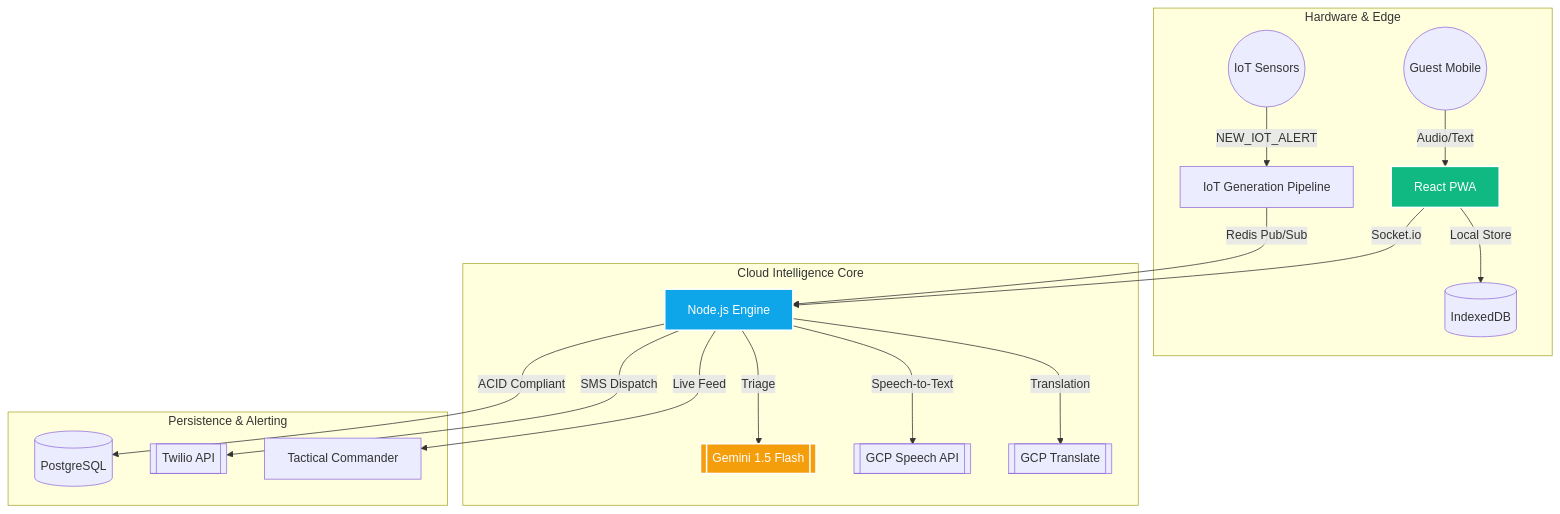
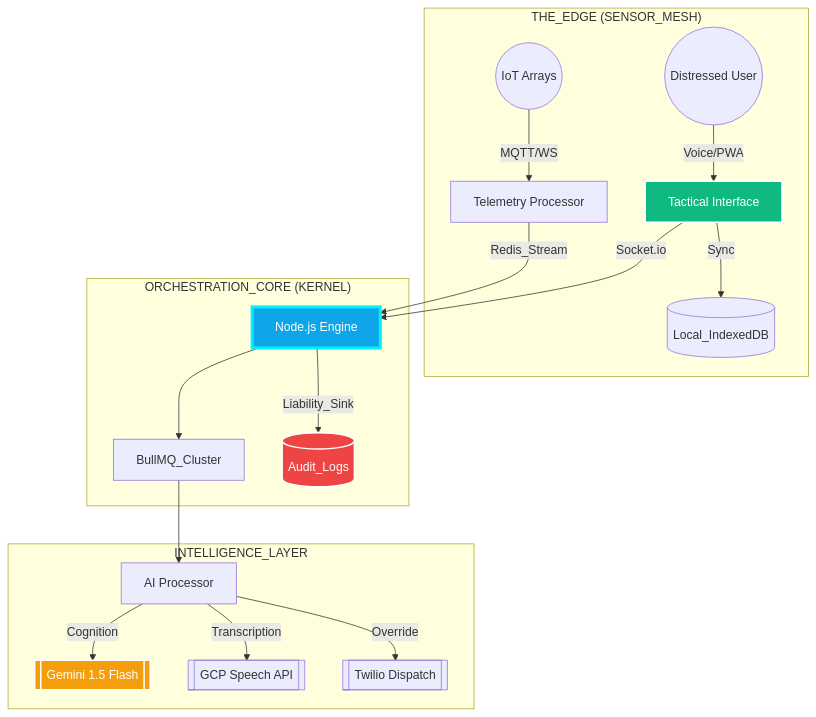
One commit to Praveen-kumar625/Rapid-Crisis-Response changed the diagram in README.md. Above: the diagram before and after it, drawn with Mermaid. The commit also changed other lines of this file, not shown here.

````diff
--- a/README.md
+++ b/README.md
@@ -51,26 +53,27 @@
 ```mermaid
 graph TD
-    subgraph "Hardware & Edge"
-        Sensors((IoT Sensors)) -- "NEW_IOT_ALERT" --> Worker[IoT Generation Pipeline]
-        Guest((Guest Mobile)) -- "Audio/Text" --> PWA[React PWA]
-        PWA -- "Local Store" --> IDB[(IndexedDB)]
+    subgraph "THE_EDGE (SENSOR_MESH)"
+        Sensors((IoT Arrays)) -- "MQTT/WS" --> Worker[Telemetry Processor]
+        Guest((Distressed User)) -- "Voice/PWA" --> HUD[Tactical Interface]
+        HUD -- "Sync" --> IDB[(Local_IndexedDB)]
     end
 
-    subgraph "Cloud Intelligence Core"
-        PWA -- "Socket.io" --> Server[Node.js Engine]
-        Worker -- "Redis Pub/Sub" --> Server
-        Server -- "Triage" --> Gemini[[Gemini 1.5 Flash]]
-        Server -- "Speech-to-Text" --> GCloud[[GCP Speech API]]
-        Server -- "Translation" --> GTrans[[GCP Translate]]
+    subgraph "ORCHESTRATION_CORE (KERNEL)"
+        HUD -- "Socket.io" --> API[Node.js Engine]
+        Worker -- "Redis_Stream" --> API
+        API --> Queue[BullMQ_Cluster]
+        API -- "Liability_Sink" --> Audit[(Audit_Logs)]
     end
 
-    subgraph "Persistence & Alerting"
-        Server -- "ACID Compliant" --> DB[(PostgreSQL)]
-        Server -- "SMS Dispatch" --> Twilio[[Twilio API]]
-        Server -- "Live Feed" --> Dashboard[Tactical Commander]
+    subgraph "INTELLIGENCE_LAYER"
+        Queue --> AI_Worker[AI Processor]
+        AI_Worker -- "Cognition" --> Gemini[[Gemini 1.5 Flash]]
+        AI_Worker -- "Transcription" --> GCloud[[GCP Speech API]]
+        AI_Worker -- "Override" --> Twilio[[Twilio Dispatch]]
     end
 
-    style Server fill:#0ea5e9,stroke:#fff,stroke-width:2px,color:#fff
+    style API fill:#0ea5e9,stroke:#00f0ff,stroke-width:4px,color:#fff
     style Gemini fill:#f59e0b,stroke:#fff,stroke-width:2px,color:#fff
-    style PWA fill:#10b981,stroke:#fff,stroke-width:2px,color:#fff
+    style HUD fill:#10b981,stroke:#fff,stroke-width:2px,color:#fff
+    style Audit fill:#ef4444,stroke:#fff,stroke-width:2px,color:#fff
 ```
````
